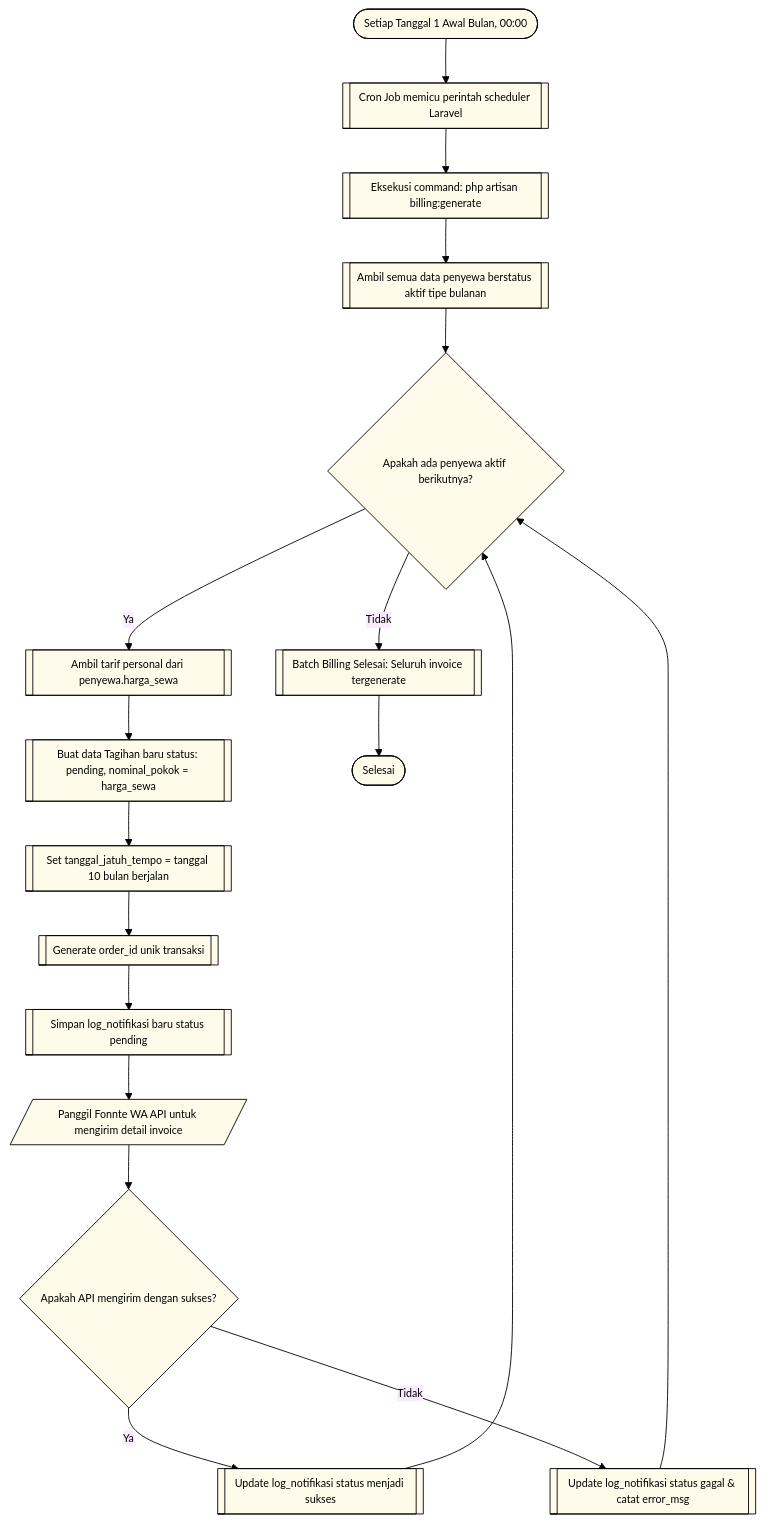
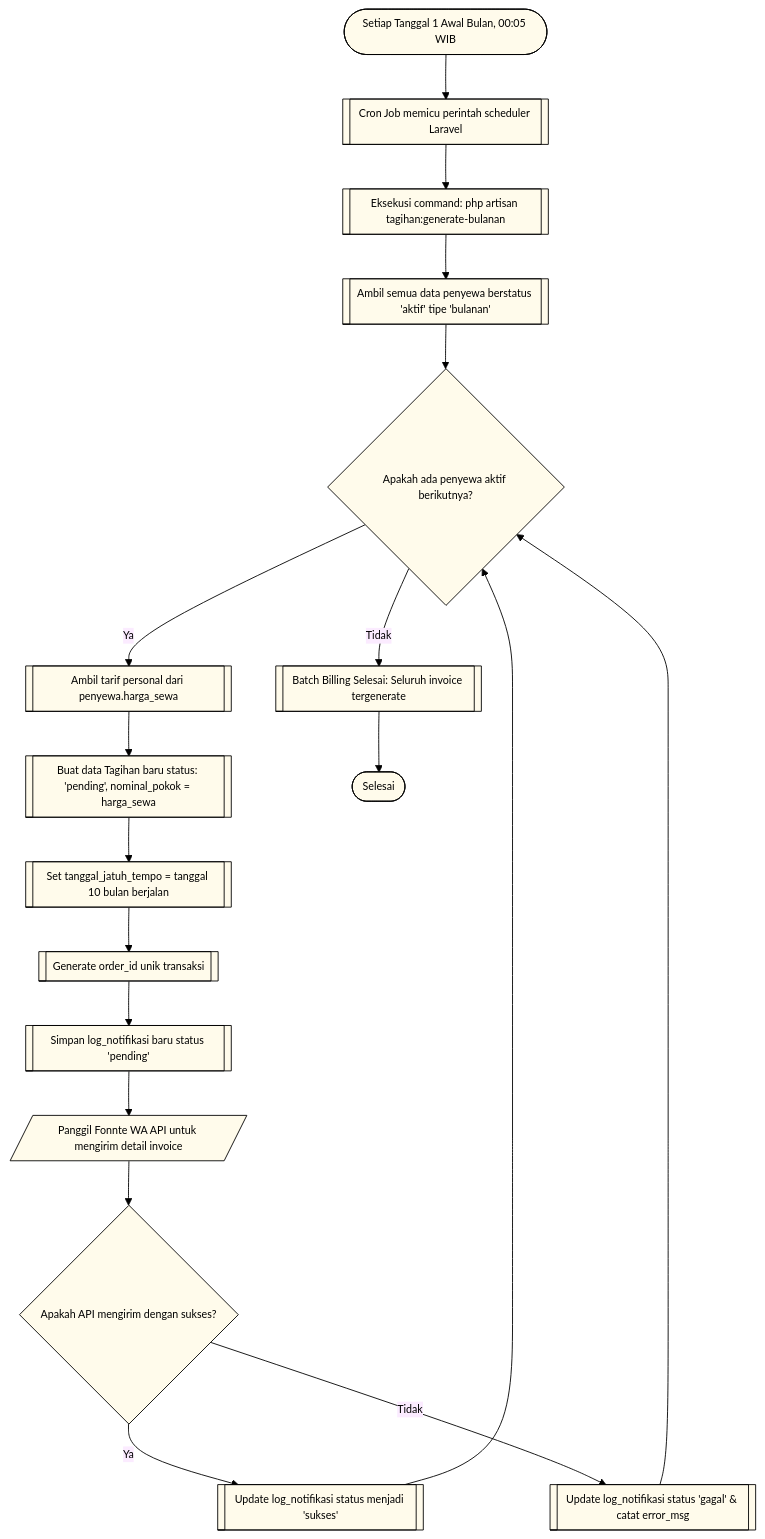
The diagram in Blueprint/flowchart/alur_billing_otomatis.mmd (rafifarsyapradiva/asri-boarding-house), drawn with Mermaid before and after one commit. The commit also changed 40 other files, not shown here.

Commit message:
docs(flowchart): audit ISO 5807, eliminasi dead-end & loop, diagram alur keputusan terpadu, dan update blueprint v238.0

```diff
--- a/Blueprint/flowchart/alur_billing_otomatis.mmd
+++ b/Blueprint/flowchart/alur_billing_otomatis.mmd
@@ -1,34 +1,34 @@
 %%{init: {
   'theme': 'base',
   'themeVariables': {
     'primaryColor': '#FFFBEB',
     'primaryTextColor': '#000000',
     'primaryBorderColor': '#000000',
     'lineColor': '#000000',
     'fontSize': '12px',
     'fontFamily': 'Inter, system-ui, sans-serif'
   }
 }}%%
 flowchart TD
-    Start([Setiap Tanggal 1 Awal Bulan, 00:00]) --> TriggerScheduler[[Cron Job memicu perintah scheduler Laravel]]
-    TriggerScheduler --> RunBillingCommand[[Eksekusi command: php artisan billing:generate]]
-    RunBillingCommand --> FetchPenyewaAktif[[Ambil semua data penyewa berstatus aktif tipe bulanan]]
+    Start([Setiap Tanggal 1 Awal Bulan, 00:05 WIB]) --> TriggerScheduler[[Cron Job memicu perintah scheduler Laravel]]
+    TriggerScheduler --> RunBillingCommand[[Eksekusi command: php artisan tagihan:generate-bulanan]]
+    RunBillingCommand --> FetchPenyewaAktif[[Ambil semua data penyewa berstatus 'aktif' tipe 'bulanan']]
     
     FetchPenyewaAktif --> LoopPenyewa{"Apakah ada penyewa aktif berikutnya?"}
     
     LoopPenyewa -- "Ya" --> GetImmutableRate[[Ambil tarif personal dari penyewa.harga_sewa]]
-    GetImmutableRate --> BuatTagihan[[Buat data Tagihan baru status: pending, nominal_pokok = harga_sewa]]
+    GetImmutableRate --> BuatTagihan[[Buat data Tagihan baru status: 'pending', nominal_pokok = harga_sewa]]
     BuatTagihan --> SetJatuhTempo[[Set tanggal_jatuh_tempo = tanggal 10 bulan berjalan]]
     SetJatuhTempo --> CreateOrderId[[Generate order_id unik transaksi]]
-    CreateOrderId --> LogNotifPending[[Simpan log_notifikasi baru status pending]]
+    CreateOrderId --> LogNotifPending[[Simpan log_notifikasi baru status 'pending']]
     LogNotifPending --> CallFonnteAPI[/Panggil Fonnte WA API untuk mengirim detail invoice/]
     
     CallFonnteAPI --> CekResponse{"Apakah API mengirim dengan sukses?"}
-    CekResponse -- "Ya" --> SetLogSukses[[Update log_notifikasi status menjadi sukses]]
-    CekResponse -- "Tidak" --> SetLogGagal[[Update log_notifikasi status gagal & catat error_msg]]
+    CekResponse -- "Ya" --> SetLogSukses[[Update log_notifikasi status menjadi 'sukses']]
+    CekResponse -- "Tidak" --> SetLogGagal[[Update log_notifikasi status 'gagal' & catat error_msg]]
     
     SetLogSukses --> LoopPenyewa
     SetLogGagal --> LoopPenyewa
     
     LoopPenyewa -- "Tidak" --> SelesaiBatch[[Batch Billing Selesai: Seluruh invoice tergenerate]]
     SelesaiBatch --> Selesai([Selesai])
```
